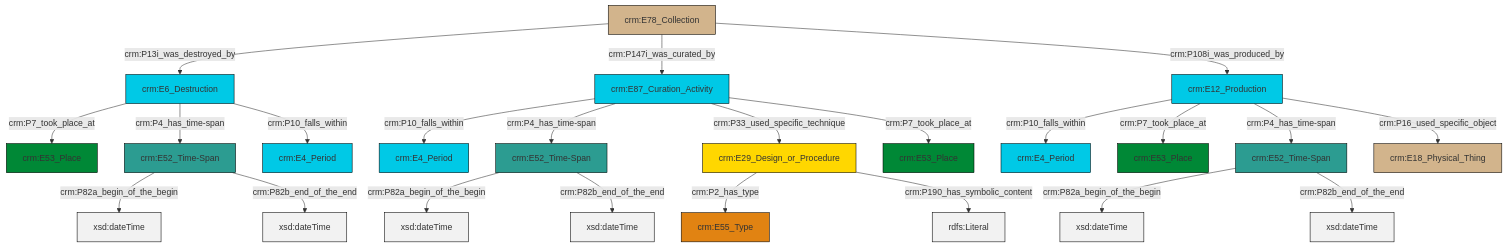
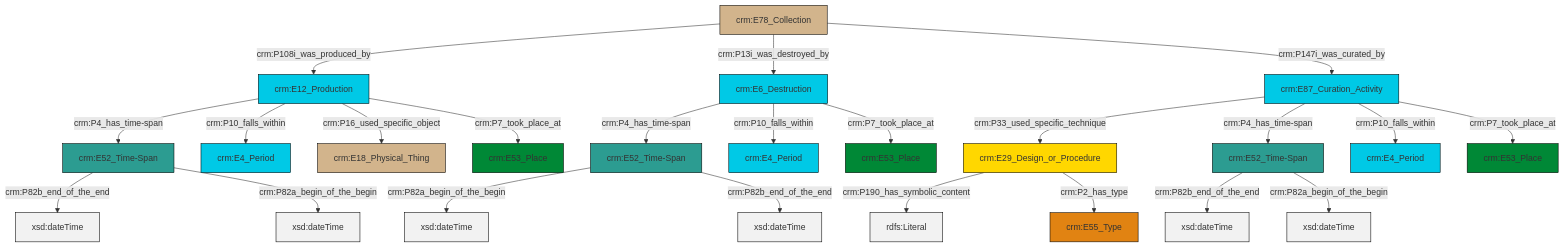
One commit to swiss-art-research-net/docs.swissartresearch changed the diagram in et/archivalCSV/ttl/mmd/archival_existence.ttl.mmd. Above: the diagram before and after it, drawn with Mermaid. The commit also changed 178 other files, not shown here.

```diff
--- a/et/archivalCSV/ttl/mmd/archival_existence.ttl.mmd
+++ b/et/archivalCSV/ttl/mmd/archival_existence.ttl.mmd
@@ -1,37 +1,37 @@
 graph TD
 classDef Literal fill:#f2f2f2,stroke:#000000;
 classDef CRM_Entity fill:#FFFFFF,stroke:#000000;
 classDef Temporal_Entity fill:#00C9E6, stroke:#000000;
 classDef Type fill:#E18312, stroke:#000000;
 classDef Time-Span fill:#2C9C91, stroke:#000000;
 classDef Appellation fill:#FFEB7F, stroke:#000000;
 classDef Place fill:#008836, stroke:#000000;
 classDef Persistent_Item fill:#B266B2, stroke:#000000;
 classDef Conceptual_Object fill:#FFD700, stroke:#000000;
 classDef Physical_Thing fill:#D2B48C, stroke:#000000;
 classDef Actor fill:#f58aad, stroke:#000000;
 classDef PC_Classes fill:#4ce600, stroke:#000000;
 classDef Multi fill:#cccccc,stroke:#000000;
 
-0["crm:E78_Collection"]:::Physical_Thing -->|crm:P13i_was_destroyed_by| 1["crm:E6_Destruction"]:::Temporal_Entity
-4["crm:E87_Curation_Activity"]:::Temporal_Entity -->|crm:P10_falls_within| 5["crm:E4_Period"]:::Temporal_Entity
-8["crm:E52_Time-Span"]:::Time-Span -->|crm:P82a_begin_of_the_begin| 9[xsd:dateTime]:::Literal
-10["crm:E12_Production"]:::Temporal_Entity -->|crm:P10_falls_within| 11["crm:E4_Period"]:::Temporal_Entity
-8["crm:E52_Time-Span"]:::Time-Span -->|crm:P82b_end_of_the_end| 12[xsd:dateTime]:::Literal
-10["crm:E12_Production"]:::Temporal_Entity -->|crm:P7_took_place_at| 13["crm:E53_Place"]:::Place
-4["crm:E87_Curation_Activity"]:::Temporal_Entity -->|crm:P4_has_time-span| 8["crm:E52_Time-Span"]:::Time-Span
-4["crm:E87_Curation_Activity"]:::Temporal_Entity -->|crm:P33_used_specific_technique| 18["crm:E29_Design_or_Procedure"]:::Conceptual_Object
-21["crm:E52_Time-Span"]:::Time-Span -->|crm:P82a_begin_of_the_begin| 22[xsd:dateTime]:::Literal
-21["crm:E52_Time-Span"]:::Time-Span -->|crm:P82b_end_of_the_end| 23[xsd:dateTime]:::Literal
-18["crm:E29_Design_or_Procedure"]:::Conceptual_Object -->|crm:P2_has_type| 14["crm:E55_Type"]:::Type
-1["crm:E6_Destruction"]:::Temporal_Entity -->|crm:P7_took_place_at| 2["crm:E53_Place"]:::Place
-1["crm:E6_Destruction"]:::Temporal_Entity -->|crm:P4_has_time-span| 26["crm:E52_Time-Span"]:::Time-Span
-1["crm:E6_Destruction"]:::Temporal_Entity -->|crm:P10_falls_within| 16["crm:E4_Period"]:::Temporal_Entity
-10["crm:E12_Production"]:::Temporal_Entity -->|crm:P4_has_time-span| 21["crm:E52_Time-Span"]:::Time-Span
-4["crm:E87_Curation_Activity"]:::Temporal_Entity -->|crm:P7_took_place_at| 24["crm:E53_Place"]:::Place
-10["crm:E12_Production"]:::Temporal_Entity -->|crm:P16_used_specific_object| 6["crm:E18_Physical_Thing"]:::Physical_Thing
-18["crm:E29_Design_or_Procedure"]:::Conceptual_Object -->|crm:P190_has_symbolic_content| 30[rdfs:Literal]:::Literal
-26["crm:E52_Time-Span"]:::Time-Span -->|crm:P82a_begin_of_the_begin| 35[xsd:dateTime]:::Literal
-0["crm:E78_Collection"]:::Physical_Thing -->|crm:P147i_was_curated_by| 4["crm:E87_Curation_Activity"]:::Temporal_Entity
-26["crm:E52_Time-Span"]:::Time-Span -->|crm:P82b_end_of_the_end| 36[xsd:dateTime]:::Literal
-0["crm:E78_Collection"]:::Physical_Thing -->|crm:P108i_was_produced_by| 10["crm:E12_Production"]:::Temporal_Entity
+2["crm:E78_Collection"]:::Physical_Thing -->|crm:P108i_was_produced_by| 3["crm:E12_Production"]:::Temporal_Entity
+6["crm:E29_Design_or_Procedure"]:::Conceptual_Object -->|crm:P190_has_symbolic_content| 7[rdfs:Literal]:::Literal
+3["crm:E12_Production"]:::Temporal_Entity -->|crm:P4_has_time-span| 10["crm:E52_Time-Span"]:::Time-Span
+8["crm:E6_Destruction"]:::Temporal_Entity -->|crm:P4_has_time-span| 11["crm:E52_Time-Span"]:::Time-Span
+8["crm:E6_Destruction"]:::Temporal_Entity -->|crm:P10_falls_within| 12["crm:E4_Period"]:::Temporal_Entity
+2["crm:E78_Collection"]:::Physical_Thing -->|crm:P13i_was_destroyed_by| 8["crm:E6_Destruction"]:::Temporal_Entity
+3["crm:E12_Production"]:::Temporal_Entity -->|crm:P10_falls_within| 4["crm:E4_Period"]:::Temporal_Entity
+16["crm:E87_Curation_Activity"]:::Temporal_Entity -->|crm:P33_used_specific_technique| 6["crm:E29_Design_or_Procedure"]:::Conceptual_Object
+3["crm:E12_Production"]:::Temporal_Entity -->|crm:P16_used_specific_object| 21["crm:E18_Physical_Thing"]:::Physical_Thing
+6["crm:E29_Design_or_Procedure"]:::Conceptual_Object -->|crm:P2_has_type| 17["crm:E55_Type"]:::Type
+16["crm:E87_Curation_Activity"]:::Temporal_Entity -->|crm:P4_has_time-span| 25["crm:E52_Time-Span"]:::Time-Span
+10["crm:E52_Time-Span"]:::Time-Span -->|crm:P82b_end_of_the_end| 26[xsd:dateTime]:::Literal
+8["crm:E6_Destruction"]:::Temporal_Entity -->|crm:P7_took_place_at| 27["crm:E53_Place"]:::Place
+16["crm:E87_Curation_Activity"]:::Temporal_Entity -->|crm:P10_falls_within| 22["crm:E4_Period"]:::Temporal_Entity
+3["crm:E12_Production"]:::Temporal_Entity -->|crm:P7_took_place_at| 0["crm:E53_Place"]:::Place
+25["crm:E52_Time-Span"]:::Time-Span -->|crm:P82b_end_of_the_end| 29[xsd:dateTime]:::Literal
+10["crm:E52_Time-Span"]:::Time-Span -->|crm:P82a_begin_of_the_begin| 30[xsd:dateTime]:::Literal
+16["crm:E87_Curation_Activity"]:::Temporal_Entity -->|crm:P7_took_place_at| 14["crm:E53_Place"]:::Place
+2["crm:E78_Collection"]:::Physical_Thing -->|crm:P147i_was_curated_by| 16["crm:E87_Curation_Activity"]:::Temporal_Entity
+25["crm:E52_Time-Span"]:::Time-Span -->|crm:P82a_begin_of_the_begin| 35[xsd:dateTime]:::Literal
+11["crm:E52_Time-Span"]:::Time-Span -->|crm:P82a_begin_of_the_begin| 37[xsd:dateTime]:::Literal
+11["crm:E52_Time-Span"]:::Time-Span -->|crm:P82b_end_of_the_end| 38[xsd:dateTime]:::Literal
```
